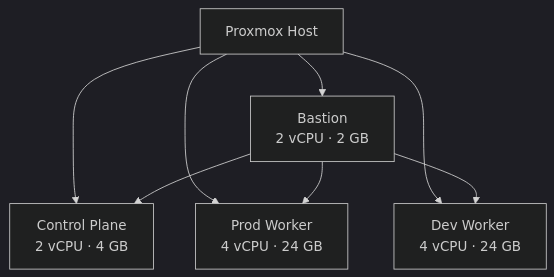
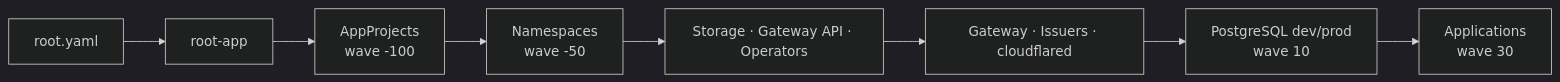
Before and after one commit to hweyoung/homelab: the second of 5 diagrams in README.md, drawn with Mermaid (dark theme). The commit also changed other lines of this file and 10 other files, not shown here.

````diff
--- a/README.md
+++ b/README.md
@@ -62,12 +127,10 @@
 ```mermaid
-flowchart TB
-    P["Proxmox Host"]
-    P --> B["Bastion<br/>2 vCPU · 2 GB"]
-    P --> M["Control Plane<br/>2 vCPU · 4 GB"]
-    P --> WP["Prod Worker<br/>4 vCPU · 24 GB"]
-    P --> WD["Dev Worker<br/>4 vCPU · 24 GB"]
-
-    B --> M
-    B --> WP
-    B --> WD
+flowchart LR
+    ROOT["root.yaml"] --> APP["root-app"]
+    APP --> PROJECTS["AppProjects<br/>wave -100"]
+    PROJECTS --> NS["Namespaces<br/>wave -50"]
+    NS --> CRD["Storage · Gateway API · Operators"]
+    CRD --> CONFIG["Gateway · Issuers · cloudflared"]
+    CONFIG --> DB["PostgreSQL dev/prod<br/>wave 10"]
+    DB --> WORKLOAD["Applications<br/>wave 30"]
 ```
````
